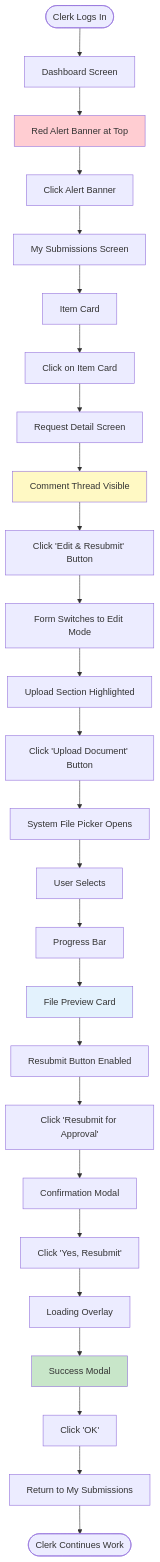
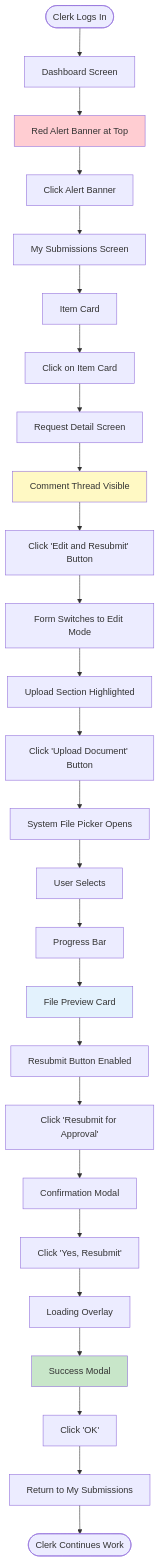
One commit to Armaan42/fee_management changed the third of 7 diagrams in docs/modules/11-verification-workflow/USER_FLOWS.md. Above: the diagram before and after it, drawn with Mermaid. The commit also changed other lines of this file and 1 other file, not shown here.

First line of the commit message:
Remove parentheses from Mermaid labels

````diff
--- a/docs/modules/11-verification-workflow/USER_FLOWS.md
+++ b/docs/modules/11-verification-workflow/USER_FLOWS.md
@@ -176,49 +176,49 @@
 ```mermaid
 flowchart TD
     Start([Clerk Logs In]) --> Dashboard[Dashboard Screen]
     
     Dashboard --> AlertBanner[Red Alert Banner at Top]
     
     AlertBanner --> ClickAlert[Click Alert Banner]
     ClickAlert --> ReturnedList[My Submissions Screen]
     
     ReturnedList --> ShowItem[Item Card]
     
     ShowItem --> ClickItem[Click on Item Card]
     ClickItem --> DetailScreen[Request Detail Screen]
     
     DetailScreen --> ShowComment[Comment Thread Visible]
     
-    ShowComment --> ClickEdit[Click 'Edit & Resubmit' Button]
+    ShowComment --> ClickEdit[Click 'Edit and Resubmit' Button]
     ClickEdit --> EditMode[Form Switches to Edit Mode]
     
     EditMode --> ShowUpload[Upload Section Highlighted]
     
     ShowUpload --> ClickUpload[Click 'Upload Document' Button]
     ClickUpload --> FileDialog[System File Picker Opens]
     
     FileDialog --> SelectFile[User Selects]
     SelectFile --> UploadProgress[Progress Bar]
     
     UploadProgress --> FilePreview[File Preview Card]
     
     FilePreview --> EnableResubmit[Resubmit Button Enabled]
     
     EnableResubmit --> ClickResubmit[Click 'Resubmit for Approval']
     ClickResubmit --> ConfirmResubmit[Confirmation Modal]
     
     ConfirmResubmit --> ClickConfirm[Click 'Yes, Resubmit']
     ClickConfirm --> LoadingState[Loading Overlay]
     
     LoadingState --> SuccessModal[Success Modal]
     
     SuccessModal --> ClickOK[Click 'OK']
     ClickOK --> UpdatedStatus[Return to My Submissions]
     
     UpdatedStatus --> End([Clerk Continues Work])
     
     style AlertBanner fill:#ffcdd2
     style ShowComment fill:#fff9c4
     style FilePreview fill:#e3f2fd
     style SuccessModal fill:#c8e6c9
 ```
````
